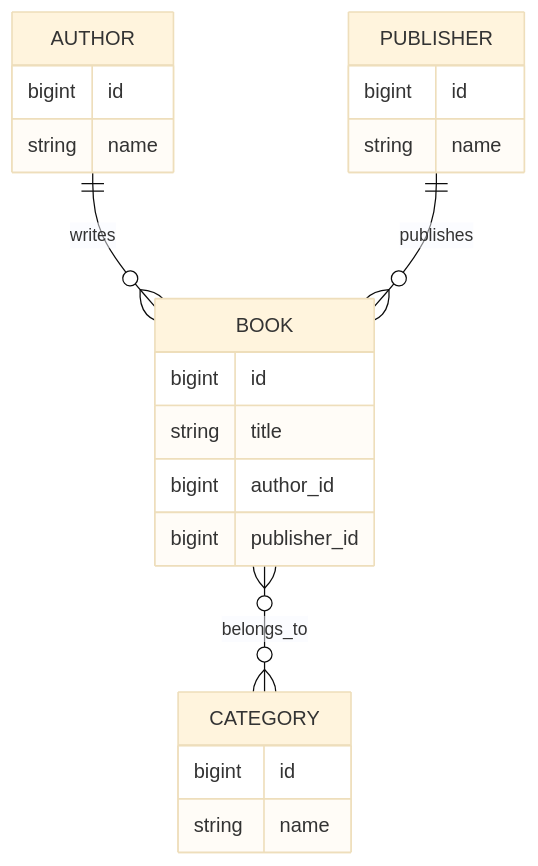
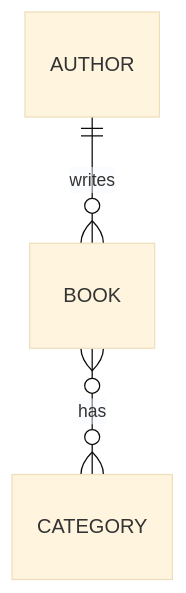
The second of 2 diagrams in src/content/django/n-plus-1-select-related-prefetch-related.md (AvadhBhalodiya/Interview-Preparation), drawn with Mermaid (base theme) before and after one commit. The commit also changed other lines of this file and 80 other files, not shown here.

````diff
--- a/src/content/django/n-plus-1-select-related-prefetch-related.md
+++ b/src/content/django/n-plus-1-select-related-prefetch-related.md
@@ -117,28 +91,5 @@
 ```mermaid
 erDiagram
     AUTHOR ||--o{ BOOK : writes
-    PUBLISHER ||--o{ BOOK : publishes
-    BOOK }o--o{ CATEGORY : belongs_to
-
-    AUTHOR {
-        bigint id
-        string name
-    }
-
-    PUBLISHER {
-        bigint id
-        string name
-    }
-
-    BOOK {
-        bigint id
-        string title
-        bigint author_id
-        bigint publisher_id
-    }
-
-    CATEGORY {
-        bigint id
-        string name
-    }
+    BOOK }o--o{ CATEGORY : has
 ```
````
